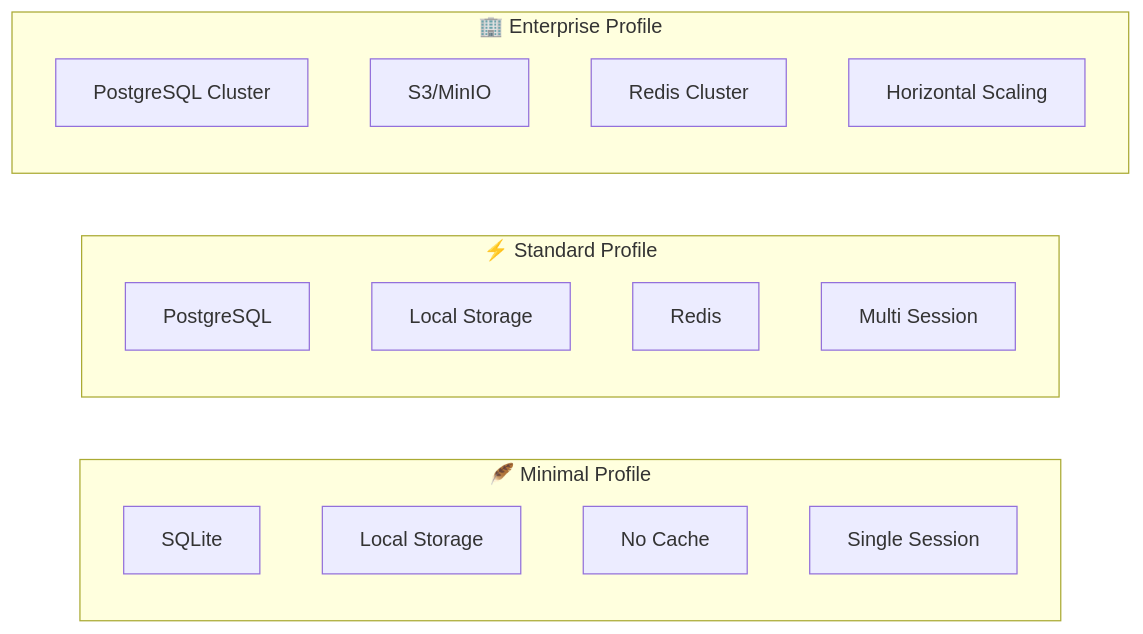
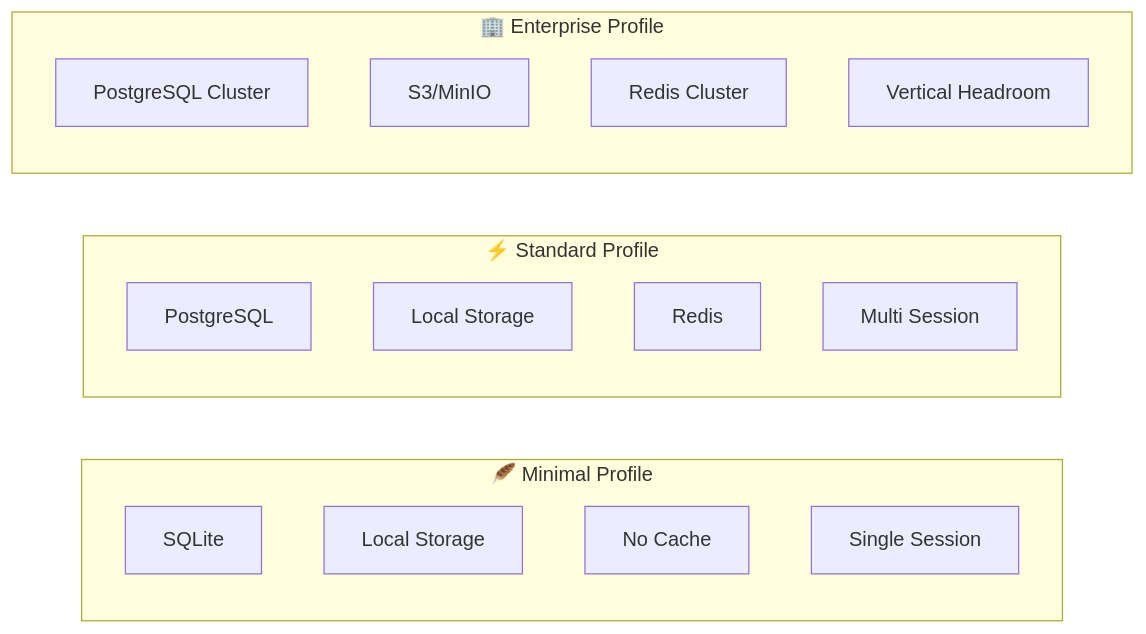
Diagram 24 of 24 in docs/03-system-architecture.md (nourayman21k/OpenWA), drawn with Mermaid before and after one commit. The commit also changed other lines of this file and 29 other files, not shown here.

````diff
--- a/docs/03-system-architecture.md
+++ b/docs/03-system-architecture.md
@@ -1458,23 +1466,23 @@
 ```mermaid
 flowchart LR
     subgraph Minimal["🪶 Minimal Profile"]
         M1[SQLite]
         M2[Local Storage]
         M3[No Cache]
         M4[Single Session]
     end
 
     subgraph Standard["⚡ Standard Profile"]
         S1[PostgreSQL]
         S2[Local Storage]
         S3[Redis]
         S4[Multi Session]
     end
 
     subgraph Enterprise["🏢 Enterprise Profile"]
         E1[PostgreSQL Cluster]
         E2[S3/MinIO]
         E3[Redis Cluster]
-        E4[Horizontal Scaling]
+        E4[Vertical Headroom]
     end
 ```
````
